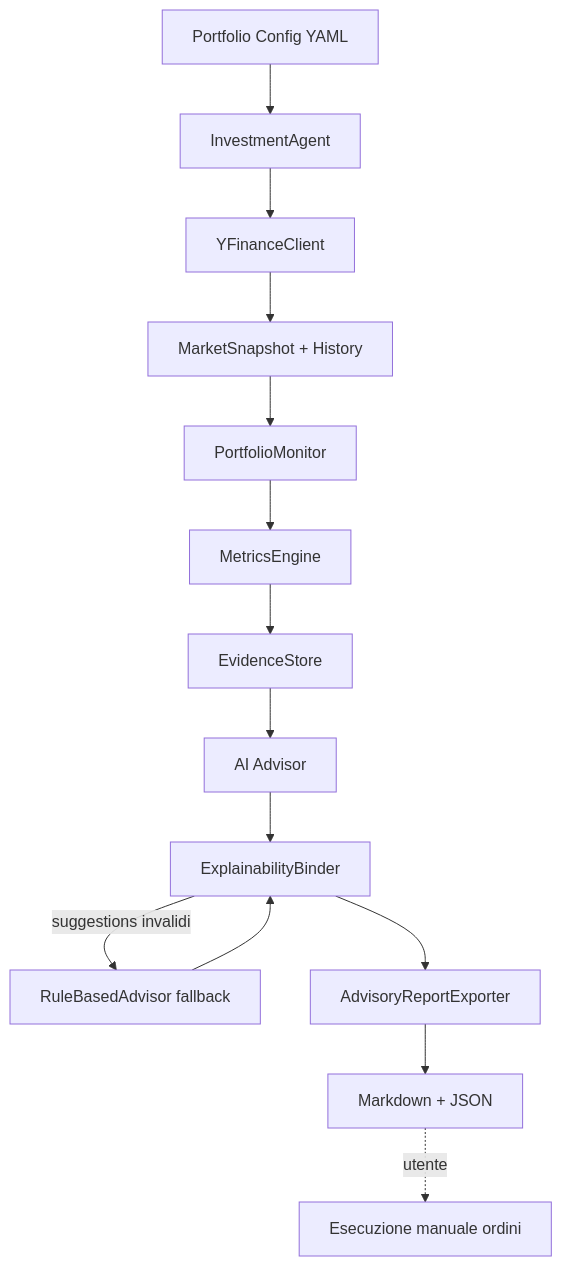
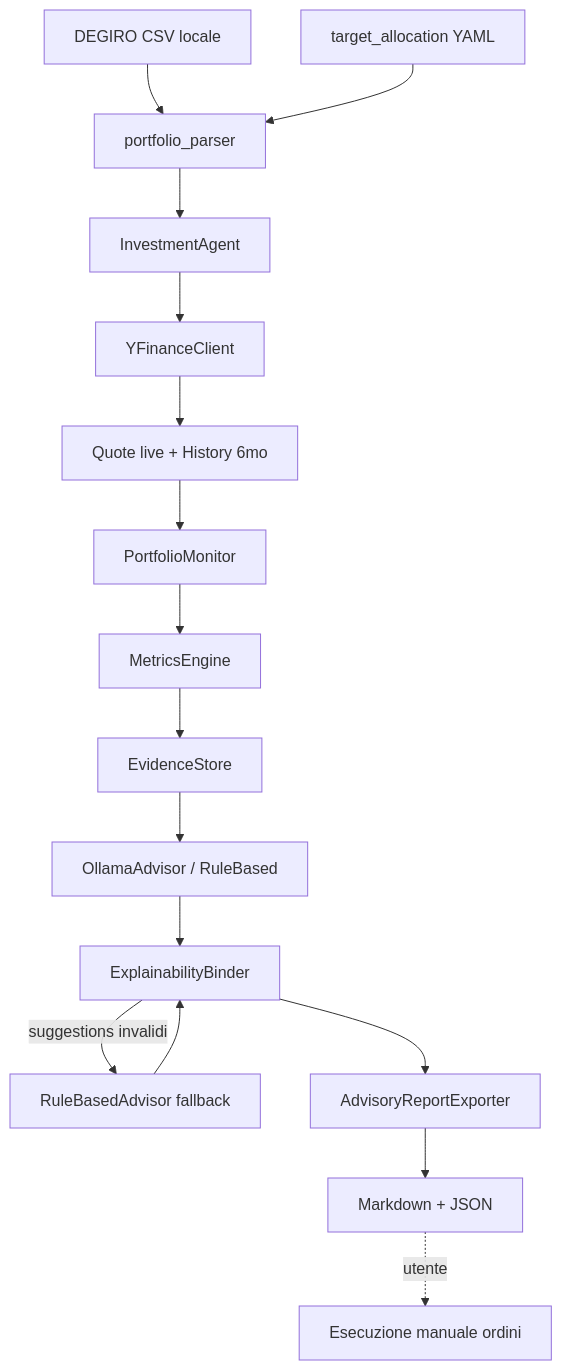
Before and after one commit to HyLora/investment-agent: the first of 2 diagrams in docs/ARCHITECTURE.md, drawn with Mermaid. The commit also changed other lines of this file and 23 other files, not shown here.

First line of the commit message:
feat: DEGIRO CSV ingest, local Ollama advisor, target_allocation skeleton

````diff
--- a/docs/ARCHITECTURE.md
+++ b/docs/ARCHITECTURE.md
@@ -15,16 +15,18 @@
 ```mermaid
 flowchart TD
-  CFG[Portfolio Config YAML] --> ORCH[InvestmentAgent]
+  CSV[DEGIRO CSV locale] --> PAR[portfolio_parser]
+  CFG[target_allocation YAML] --> PAR
+  PAR --> ORCH[InvestmentAgent]
   ORCH --> YF[YFinanceClient]
-  YF --> MKT[MarketSnapshot + History]
+  YF --> MKT[Quote live + History 6mo]
   MKT --> MON[PortfolioMonitor]
   MON --> ME[MetricsEngine]
   ME --> EV[EvidenceStore]
-  EV --> ADV[AI Advisor]
+  EV --> ADV[OllamaAdvisor / RuleBased]
   ADV --> BIND[ExplainabilityBinder]
   BIND -->|suggestions invalidi| FB[RuleBasedAdvisor fallback]
   FB --> BIND
   BIND --> REP[AdvisoryReportExporter]
   REP --> OUT[Markdown + JSON]
   OUT -.->|utente| HUMAN[Esecuzione manuale ordini]
 ```
````
